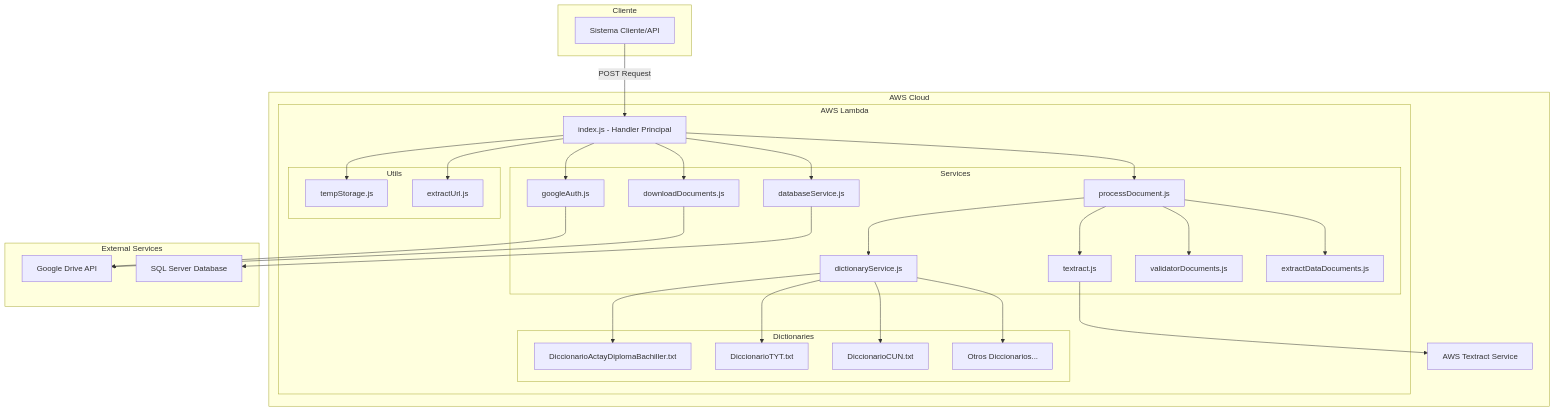
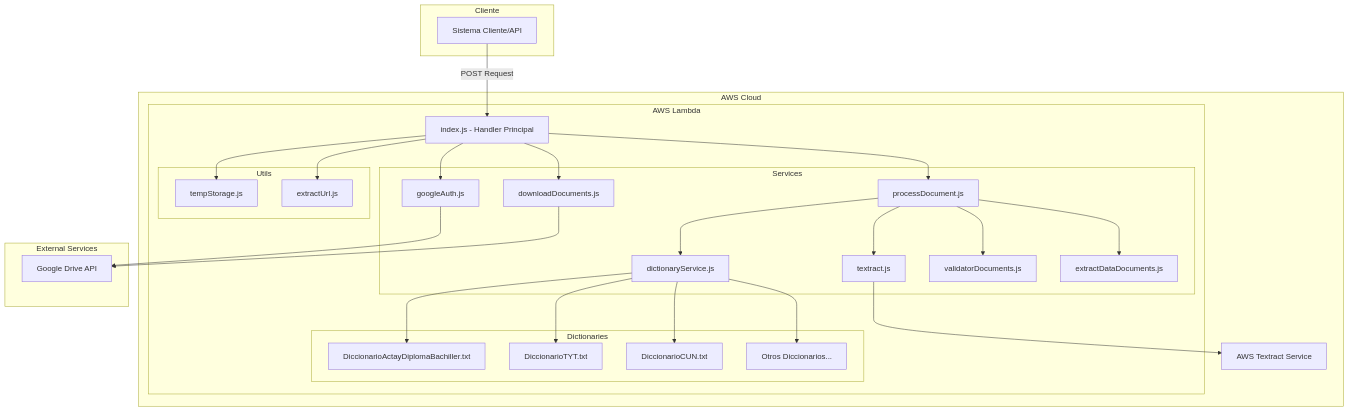
The second of 5 diagrams in DOCUMENTACION_PROJECT.md (cavidescun/lambda_v1), drawn with Mermaid before and after one commit. The commit also changed other lines of this file and 1 other file, not shown here.

````diff
--- a/DOCUMENTACION_PROJECT.md
+++ b/DOCUMENTACION_PROJECT.md
@@ -113,63 +108,58 @@
 ```mermaid
 graph TB
     subgraph "Cliente"
         CLI[Sistema Cliente/API]
     end
     
     subgraph "AWS Cloud"
         subgraph "AWS Lambda"
             MAIN[index.js - Handler Principal]
             
             subgraph "Services"
                 AUTH[googleAuth.js]
                 DOWN[downloadDocuments.js]
                 PROC[processDocument.js]
                 TEXT[textract.js]
                 DICT[dictionaryService.js]
                 VALID[validatorDocuments.js]
                 EXTRACT[extractDataDocuments.js]
-                DB[databaseService.js]
             end
             
             subgraph "Utils"
                 TEMP[tempStorage.js]
                 URL[extractUrl.js]
             end
             
             subgraph "Dictionaries"
                 D1[DiccionarioActayDiplomaBachiller.txt]
                 D2[DiccionarioTYT.txt]
                 D3[DiccionarioCUN.txt]
                 D4[Otros Diccionarios...]
             end
         end
         
         TEXTRACT[AWS Textract Service]
     end
     
     subgraph "External Services"
         GDRIVE[Google Drive API]
-        SQLSRV[SQL Server Database]
     end
     
     CLI -->|POST Request| MAIN
     MAIN --> AUTH
     AUTH --> GDRIVE
     MAIN --> DOWN
     DOWN --> GDRIVE
     MAIN --> PROC
     PROC --> TEXT
     TEXT --> TEXTRACT
     PROC --> DICT
     DICT --> D1
     DICT --> D2
     DICT --> D3
     DICT --> D4
     PROC --> VALID
     PROC --> EXTRACT
-    MAIN --> DB
-    DB --> SQLSRV
     MAIN --> TEMP
     MAIN --> URL
-
 ```
````
